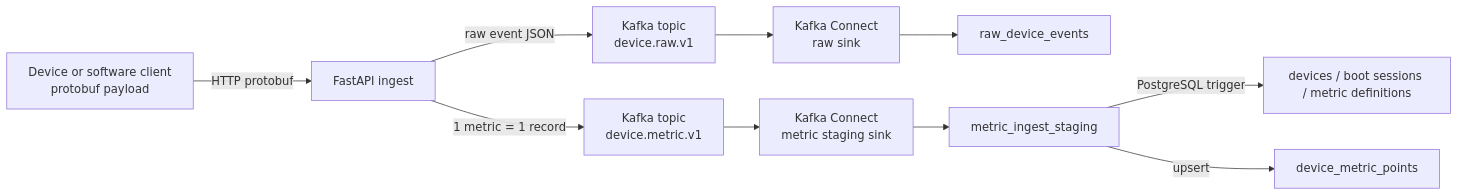
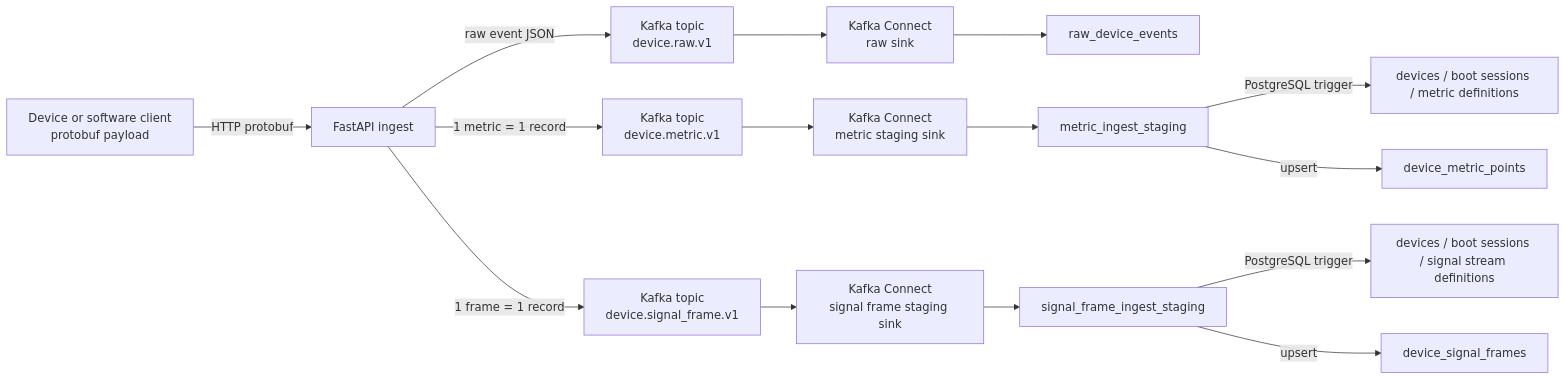
Before and after one commit to donghoonpark/aetus: the first of 2 diagrams in README.md, drawn with Mermaid. The commit also changed other lines of this file and 25 other files, not shown here.

Commit message:
Add signal frame telemetry pipeline

````diff
--- a/README.md
+++ b/README.md
@@ -53,12 +53,17 @@
 ```mermaid
 flowchart LR
     Client["Device or software client<br/>protobuf payload"] -->|"HTTP protobuf"| API["FastAPI ingest"]
     API -->|"raw event JSON"| RawTopic["Kafka topic<br/>device.raw.v1"]
     API -->|"1 metric = 1 record"| MetricTopic["Kafka topic<br/>device.metric.v1"]
+    API -->|"1 frame = 1 record"| SignalTopic["Kafka topic<br/>device.signal_frame.v1"]
     RawTopic --> RawSink["Kafka Connect<br/>raw sink"]
     MetricTopic --> MetricSink["Kafka Connect<br/>metric staging sink"]
+    SignalTopic --> SignalSink["Kafka Connect<br/>signal frame staging sink"]
     RawSink --> RawTable["raw_device_events"]
     MetricSink --> Staging["metric_ingest_staging"]
+    SignalSink --> SignalStaging["signal_frame_ingest_staging"]
     Staging -->|"PostgreSQL trigger"| Dims["devices / boot sessions / metric definitions"]
     Staging -->|"upsert"| Points["device_metric_points"]
+    SignalStaging -->|"PostgreSQL trigger"| SignalDims["devices / boot sessions / signal stream definitions"]
+    SignalStaging -->|"upsert"| Frames["device_signal_frames"]
 ```
````
